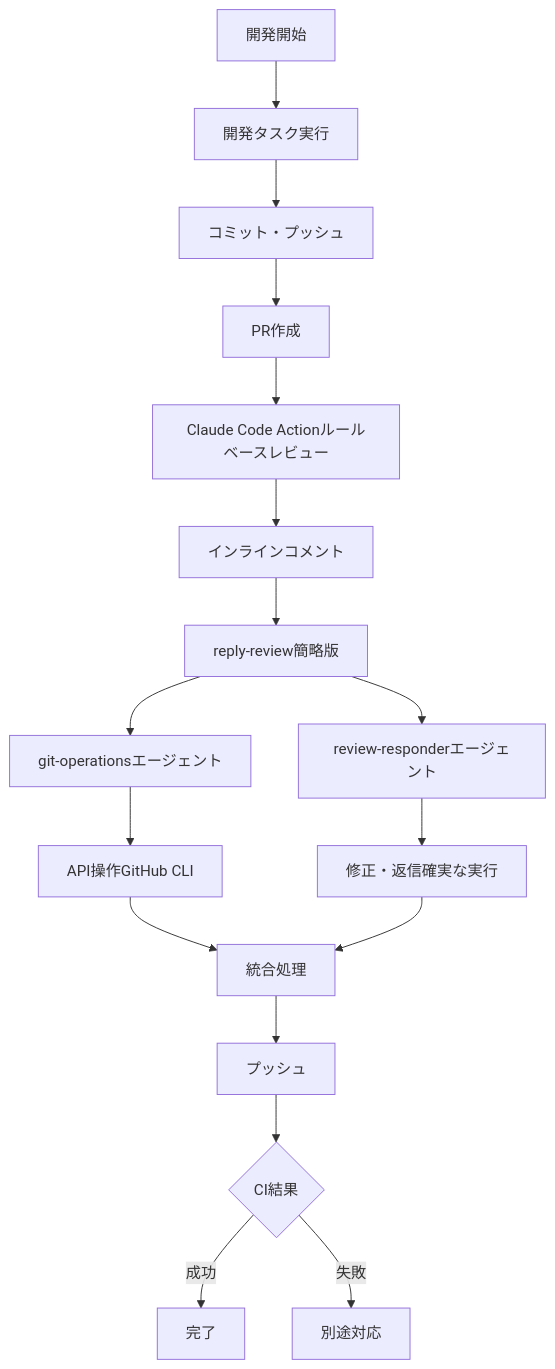
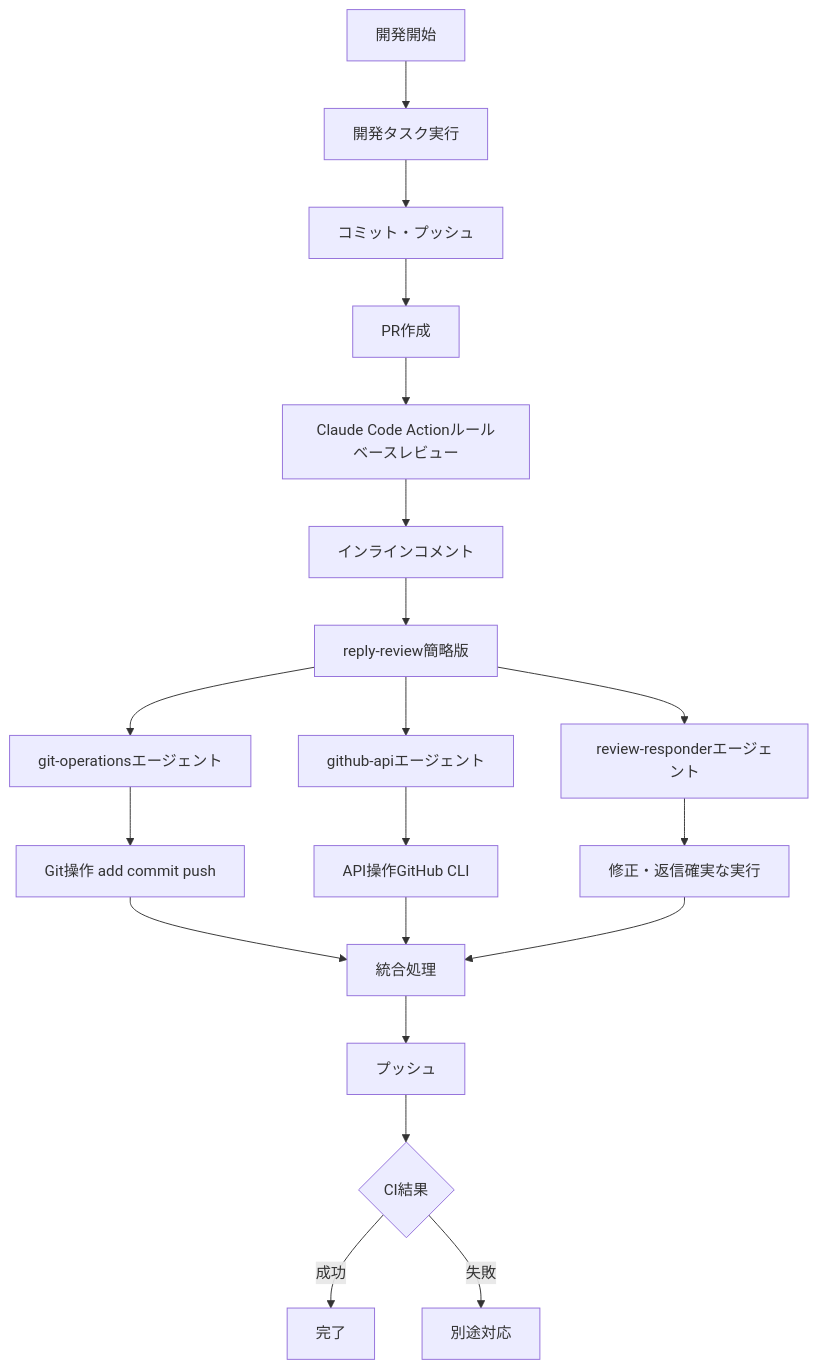
The second of 2 diagrams in docs/仮説/commands/自動コードレビューとレスポンスプロセスの最適化.md (ryosuke-horie/ClaudeCodePrompt), drawn with Mermaid before and after one commit. The commit also changed other lines of this file, not shown here.

Commit message:
fix: issue-4 Git操作とGitHub API操作を別々のサブエージェントに分離
git-operationsエージェントとgithub-apiエージェントを分離し、それぞれの責務を明確化：
- git-operations: Git操作（add, commit, push等）に特化
- github-api: GitHub API操作（PR、Issue、コメント）に特化
- review-responder: レビューへの返信に特化

ワークフロー図も3つのエージェントが並列動作するように更新

````diff
--- a/docs/仮説/commands/自動コードレビューとレスポンスプロセスの最適化.md
+++ b/docs/仮説/commands/自動コードレビューとレスポンスプロセスの最適化.md
@@ -63,29 +63,32 @@
 ```mermaid
 graph TD
     A[開発開始] --> B[開発タスク実行]
     
     B --> C[コミット・プッシュ]
     
     C --> D[PR作成]
     
     D --> E[Claude Code Actionルールベースレビュー]
     
     E --> F[インラインコメント]
     
     F --> G[reply-review簡略版]
     
     G --> H[git-operationsエージェント]
-    G --> I[review-responderエージェント]
+    G --> I[github-apiエージェント]
+    G --> J[review-responderエージェント]
     
-    H --> J[API操作GitHub CLI]
-    I --> K[修正・返信確実な実行]
+    H --> K[Git操作 add commit push]
+    I --> L[API操作GitHub CLI]
+    J --> M[修正・返信確実な実行]
     
-    J --> L[統合処理]
-    K --> L
+    K --> N[統合処理]
+    L --> N
+    M --> N
     
-    L --> M[プッシュ]
+    N --> O[プッシュ]
     
-    M --> N{CI結果}
-    N -->|成功| O[完了]
-    N -->|失敗| P[別途対応]
+    O --> P{CI結果}
+    P -->|成功| Q[完了]
+    P -->|失敗| R[別途対応]
 ```
````
